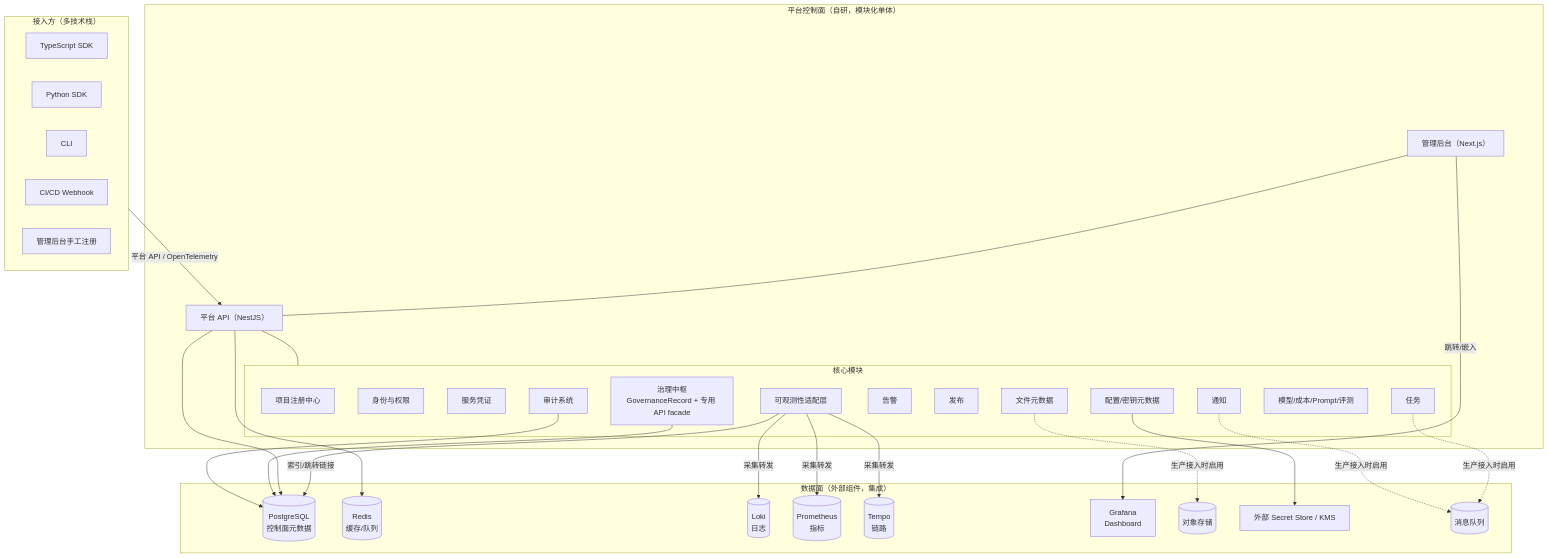
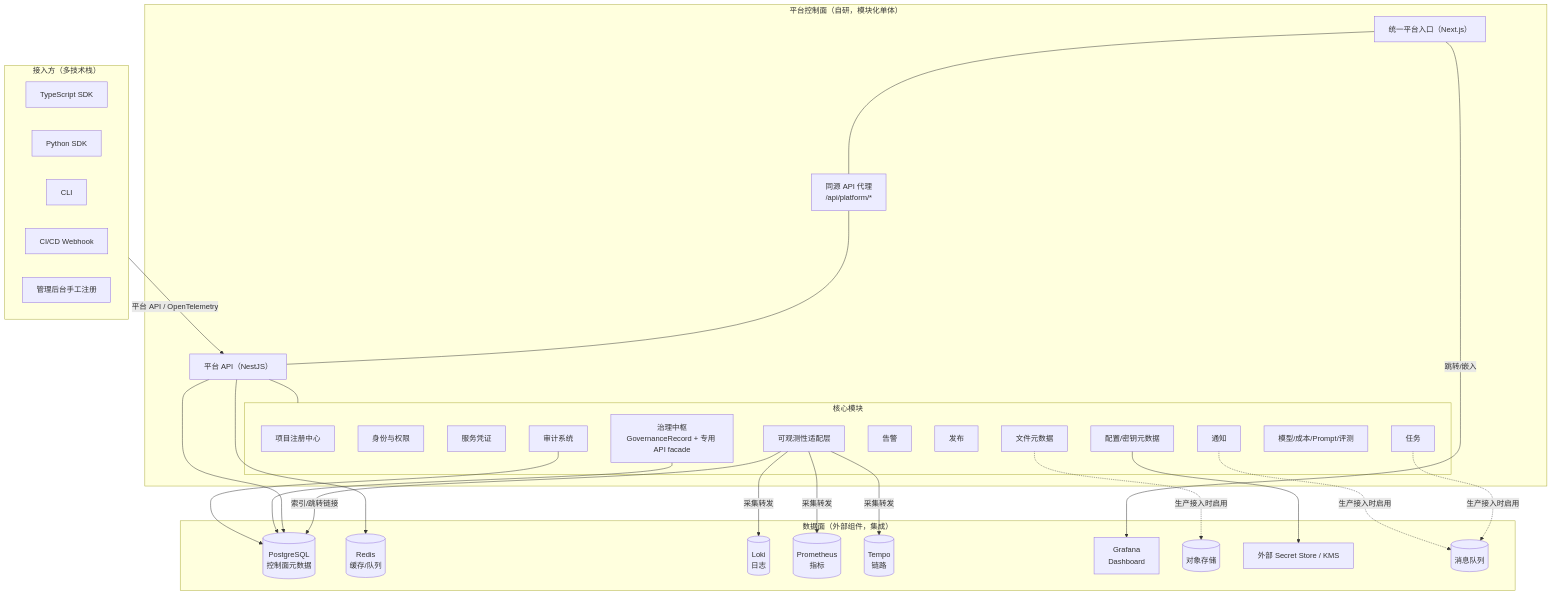
One commit to XueGang-AI/team-platform changed the diagram in docs/01-architecture.md. Above: the diagram before and after it, drawn with Mermaid. The commit also changed other lines of this file and 12 other files, not shown here.

````diff
--- a/docs/01-architecture.md
+++ b/docs/01-architecture.md
@@ -10,59 +10,61 @@
 ```mermaid
 flowchart TB
     subgraph 接入方["接入方（多技术栈）"]
         TS["TypeScript SDK"]
         PY["Python SDK"]
         CLI["CLI"]
         CI["CI/CD Webhook"]
         UI["管理后台手工注册"]
     end
 
     subgraph 控制面["平台控制面（自研，模块化单体）"]
         API["平台 API（NestJS）"]
-        ADMIN["管理后台（Next.js）"]
+        ADMIN["统一平台入口（Next.js）"]
+        BFF["同源 API 代理<br/>/api/platform/*"]
         subgraph 核心模块
             REG["项目注册中心"]
             AUTH["身份与权限"]
             CRED["服务凭证"]
             OBS["可观测性适配层"]
             GOV["治理中枢<br/>GovernanceRecord + 专用 API facade"]
             CFG["配置/密钥元数据"]
             ALERT["告警"]
             REL["发布"]
             TASK["任务"]
             FILE["文件元数据"]
             NOTIFY["通知"]
             MODEL["模型/成本/Prompt/评测"]
             AUDIT["审计系统"]
         end
         API --- 核心模块
-        ADMIN --- API
+        ADMIN --- BFF
+        BFF --- API
     end
 
     subgraph 数据面["数据面（外部组件，集成）"]
         PG[("PostgreSQL<br/>控制面元数据")]
         REDIS[("Redis<br/>缓存/队列")]
         LOKI[("Loki<br/>日志")]
         PROM[("Prometheus<br/>指标")]
         TEMPO[("Tempo<br/>链路")]
         GRAFANA["Grafana<br/>Dashboard"]
         S3[("对象存储")]
         SECRET["外部 Secret Store / KMS"]
         MQ[("消息队列")]
     end
 
     接入方 -->|"平台 API / OpenTelemetry"| API
     OBS -->|"采集转发"| LOKI
     OBS -->|"采集转发"| PROM
     OBS -->|"采集转发"| TEMPO
     OBS -->|"索引/跳转链接"| PG
     API --> PG
     API --> REDIS
     ADMIN -->|"跳转/嵌入"| GRAFANA
     CFG --> SECRET
     GOV --> PG
     FILE -. "生产接入时启用" .-> S3
     TASK -. "生产接入时启用" .-> MQ
     NOTIFY -. "生产接入时启用" .-> MQ
     AUDIT --> PG
 ```
````
